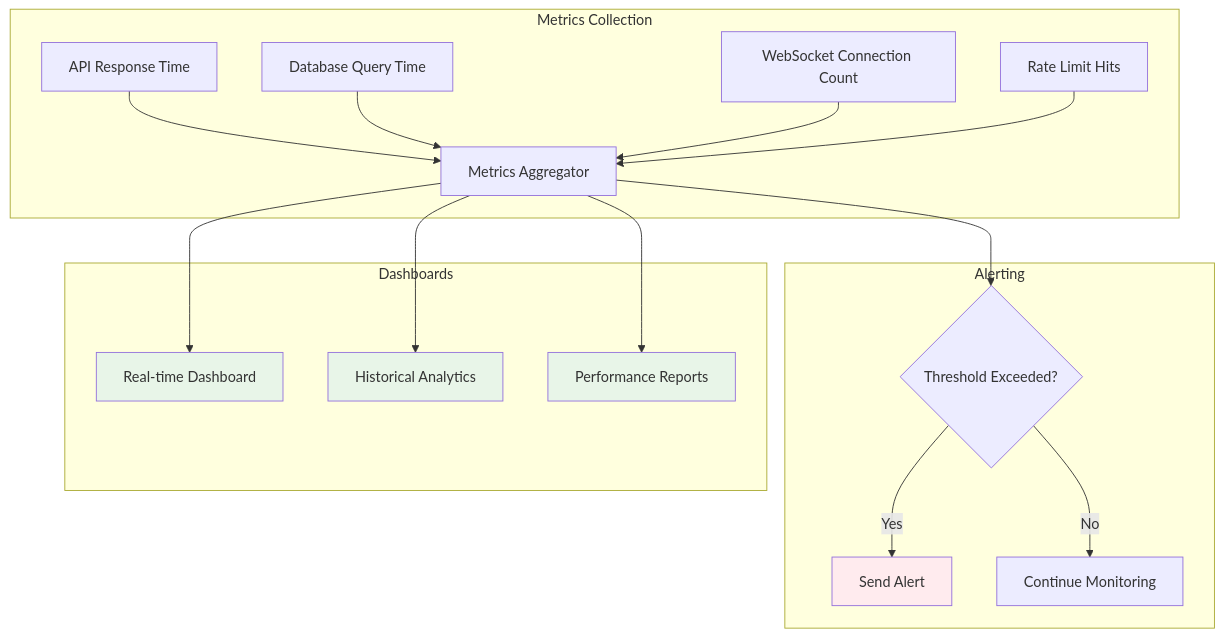
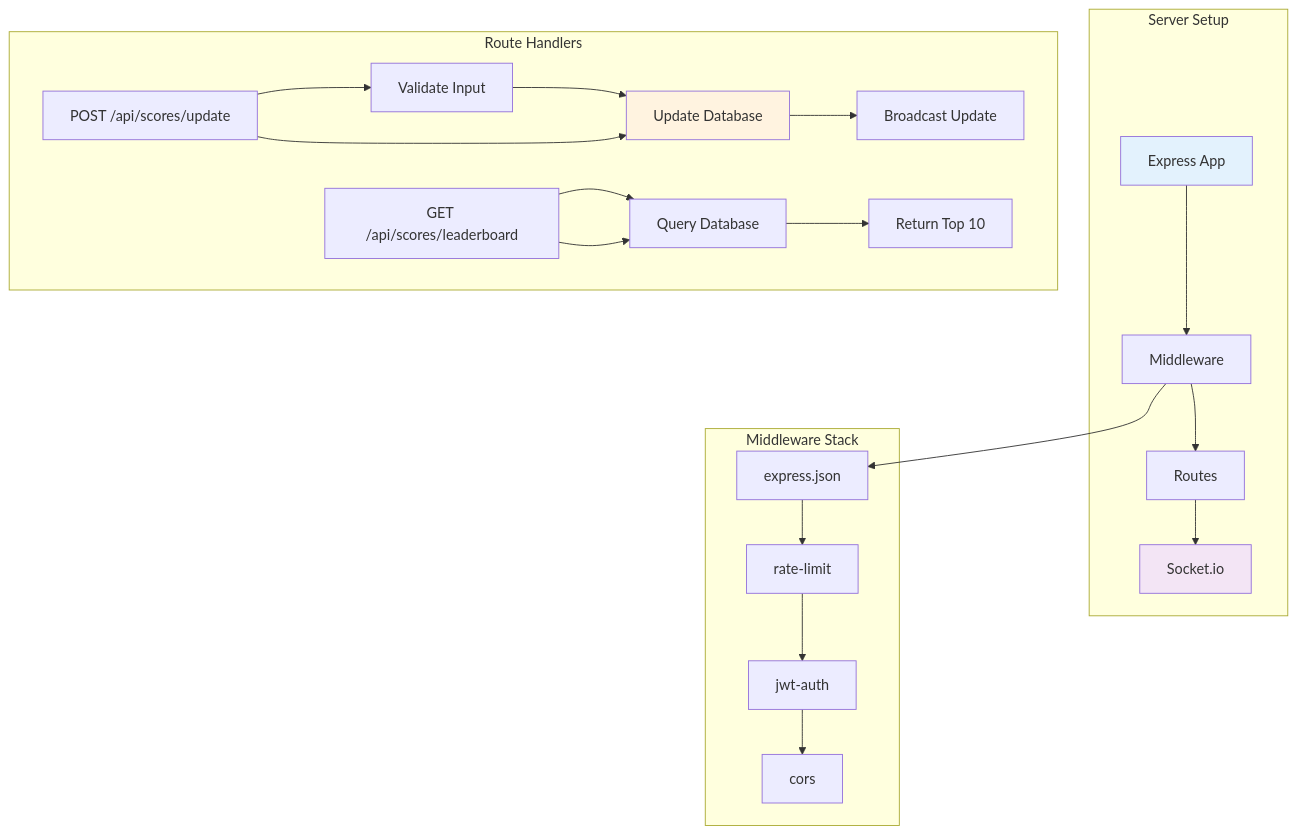
One commit to HTD2k1/code-challenge changed the sixth of 6 diagrams in src/problem6/execution-flow-diagrams.md. Above: the diagram before and after it, drawn with Mermaid. The commit also changed other lines of this file and 2 other files, not shown here.

````diff
--- a/src/problem6/execution-flow-diagrams.md
+++ b/src/problem6/execution-flow-diagrams.md
@@ -231,26 +129,30 @@
 ```mermaid
 graph TB
-    subgraph "Metrics Collection"
-        A[API Response Time] --> E[Metrics Aggregator]
-        B[Database Query Time] --> E
-        C[WebSocket Connection Count] --> E
-        D[Rate Limit Hits] --> E
+    subgraph "Server Setup"
+        A[Express App] --> B[Middleware]
+        B --> C[Routes]
+        C --> D[Socket.io]
     end
     
-    subgraph "Alerting"
-        E --> F{Threshold Exceeded?}
-        F -->|Yes| G[Send Alert]
-        F -->|No| H[Continue Monitoring]
+    subgraph "Middleware Stack"
+        E[express.json] --> F[rate-limit]
+        F --> G[jwt-auth]
+        G --> H[cors]
     end
     
-    subgraph "Dashboards"
-        E --> I[Real-time Dashboard]
-        E --> J[Historical Analytics]
-        E --> K[Performance Reports]
+    subgraph "Route Handlers"
+        I[POST /api/scores/update] --> J[Validate Input]
+        J --> K[Update Database]
+        K --> L[Broadcast Update]
+        M[GET /api/scores/leaderboard] --> N[Query Database]
+        N --> O[Return Top 10]
     end
     
-    style G fill:#ffebee
-    style I fill:#e8f5e8
-    style J fill:#e8f5e8
-    style K fill:#e8f5e8
+    B --> E
+    I --> K
+    M --> N
+    
+    style A fill:#e3f2fd
+    style D fill:#f3e5f5
+    style K fill:#fff3e0
 ```
````
